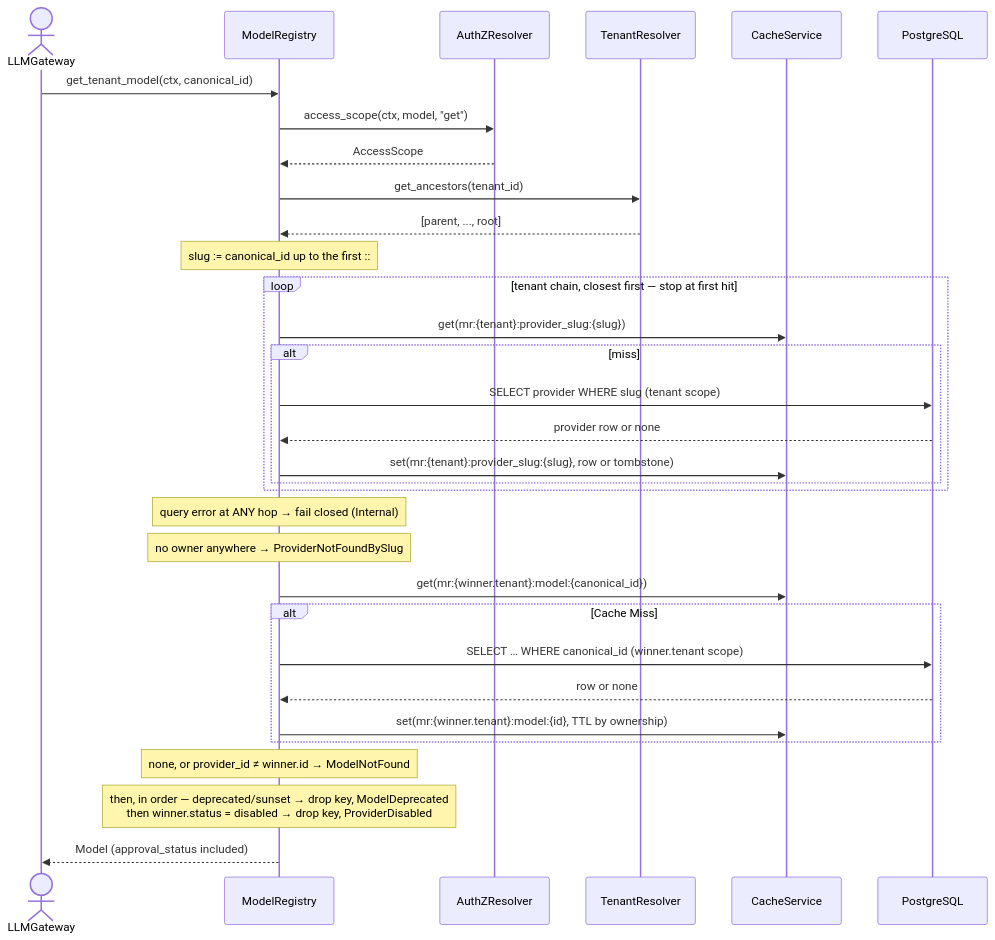
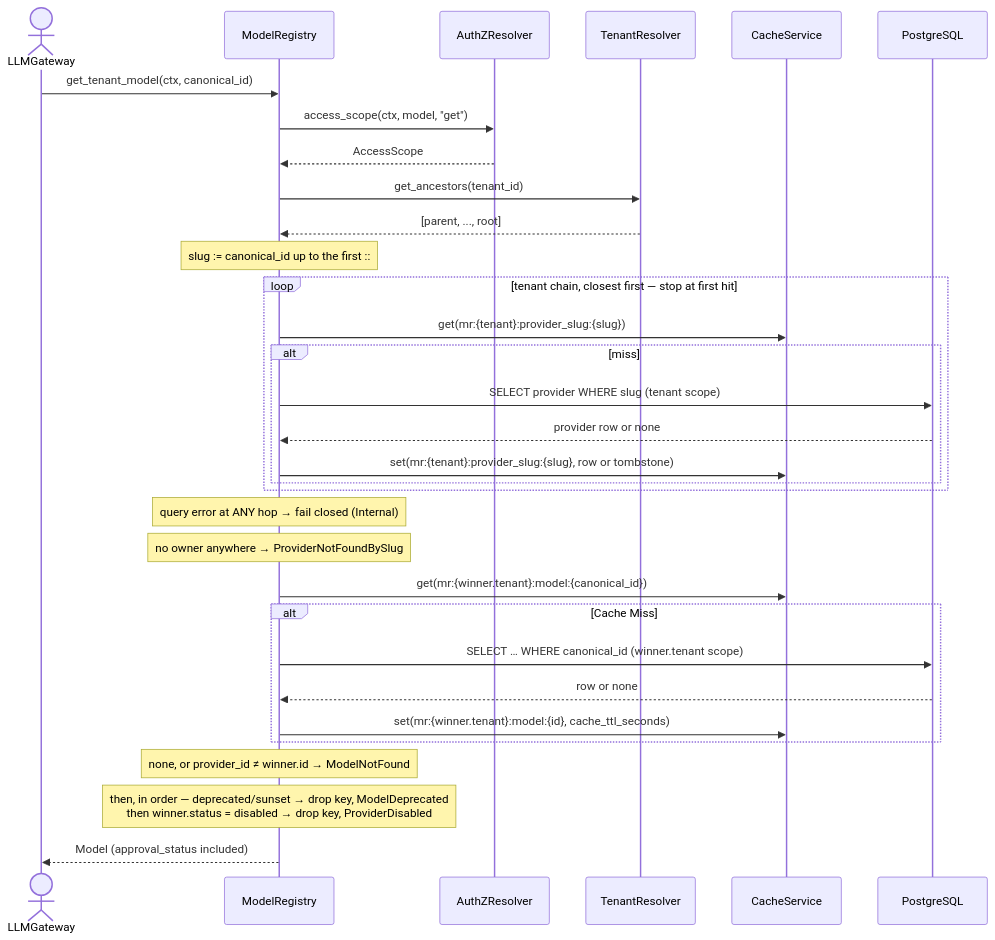
Before and after one commit to Qilin101/gears-rust: the third of 9 diagrams in gears/model-registry/docs/DESIGN.md, drawn with Mermaid. The commit also changed other lines of this file and 3 other files, not shown here.

````diff
--- a/gears/model-registry/docs/DESIGN.md
+++ b/gears/model-registry/docs/DESIGN.md
@@ -940,38 +938,38 @@
 ```mermaid
 sequenceDiagram
     actor LLMGateway
     participant MR as ModelRegistry
     participant PDP as AuthZResolver
     participant Tenant as TenantResolver
     participant Cache as CacheService
     participant DB as PostgreSQL
 
     LLMGateway->>MR: get_tenant_model(ctx, canonical_id)
     MR->>PDP: access_scope(ctx, model, "get")
     PDP-->>MR: AccessScope
     MR->>Tenant: get_ancestors(tenant_id)
     Tenant-->>MR: [parent, ..., root]
 
     note over MR: slug := canonical_id up to the first ::
 
     loop tenant chain, closest first — stop at first hit
         MR->>Cache: get(mr:{tenant}:provider_slug:{slug})
         alt miss
             MR->>DB: SELECT provider WHERE slug (tenant scope)
             DB-->>MR: provider row or none
             MR->>Cache: set(mr:{tenant}:provider_slug:{slug}, row or tombstone)
         end
     end
     note over MR: query error at ANY hop → fail closed (Internal)
     note over MR: no owner anywhere → ProviderNotFoundBySlug
 
     MR->>Cache: get(mr:{winner.tenant}:model:{canonical_id})
     alt Cache Miss
         MR->>DB: SELECT … WHERE canonical_id (winner.tenant scope)
         DB-->>MR: row or none
-        MR->>Cache: set(mr:{winner.tenant}:model:{id}, TTL by ownership)
+        MR->>Cache: set(mr:{winner.tenant}:model:{id}, cache_ttl_seconds)
     end
     note over MR: none, or provider_id ≠ winner.id → ModelNotFound
     note over MR: then, in order — deprecated/sunset → drop key, ModelDeprecated<br/>then winner.status = disabled → drop key, ProviderDisabled
     MR-->>LLMGateway: Model (approval_status included)
 ```
````
